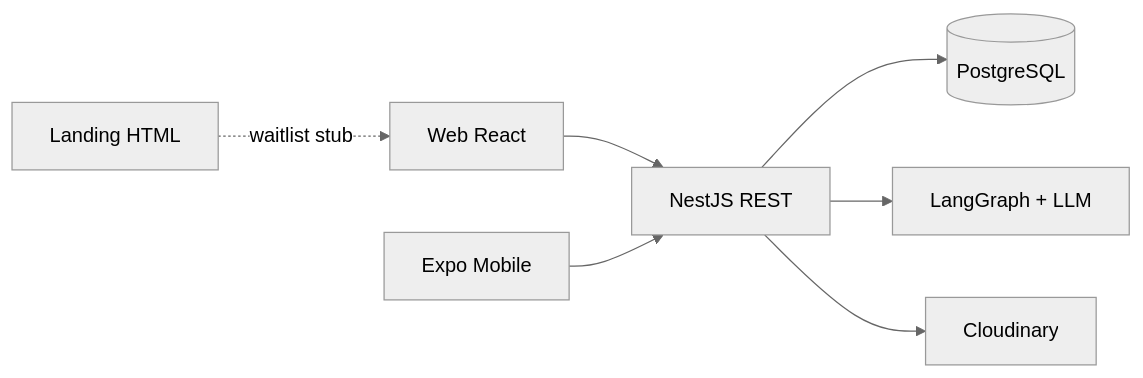
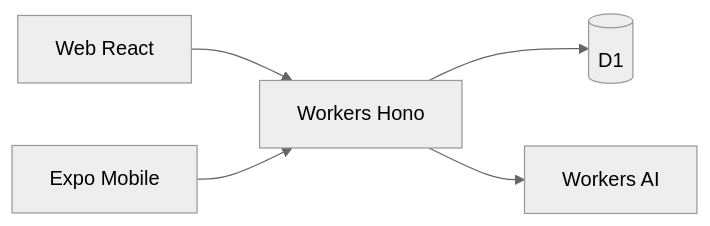
Before and after one commit to frenchdog0802/lardermind-backend: the diagram in README.md, drawn with Mermaid (neutral theme). The commit also changed other lines of this file and 144 other files, not shown here.

````diff
--- a/README.md
+++ b/README.md
@@ -140,9 +85,7 @@
 ```mermaid
 flowchart LR
-    Web[Web React] --> API[NestJS REST]
+    Web[Web React] --> API[Workers Hono]
     Mobile[Expo Mobile] --> API
-    API --> PG[(PostgreSQL)]
-    API --> AI[LangGraph + LLM]
-    API --> CL[Cloudinary]
-    LP[Landing HTML] -.->|waitlist stub| Web
+    API --> D1[(D1)]
+    API --> AI[Workers AI]
 ```
````
